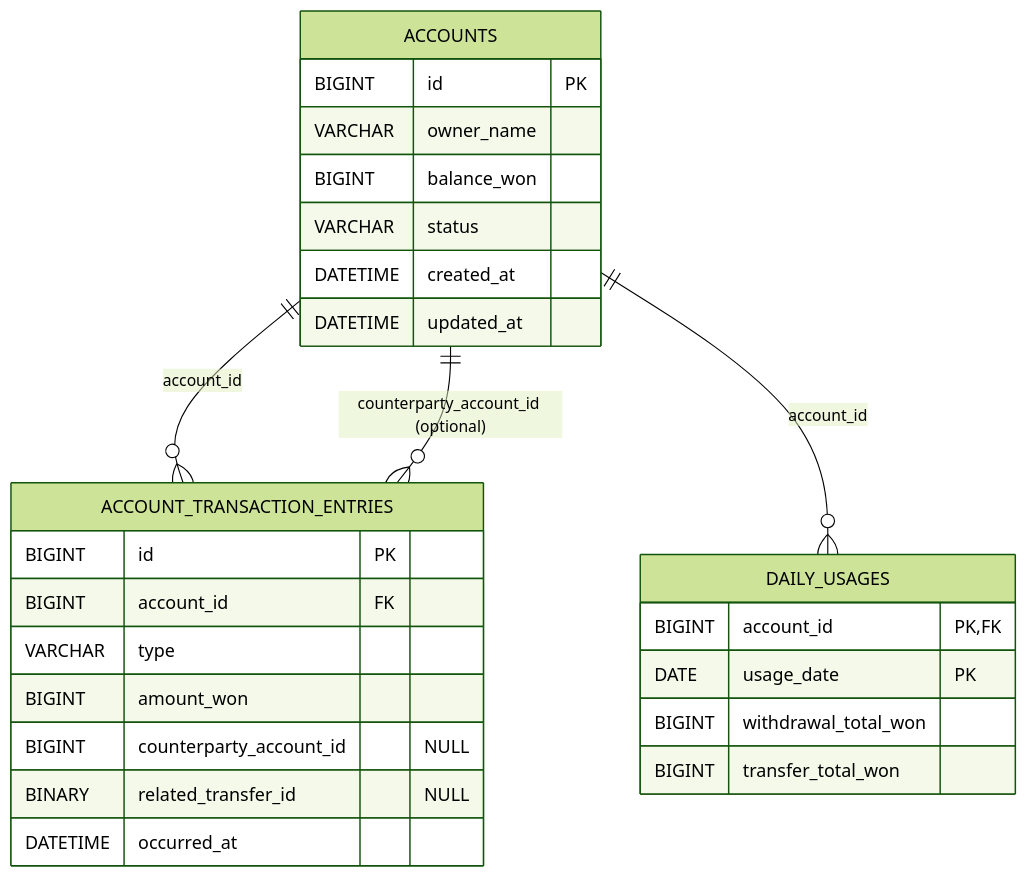
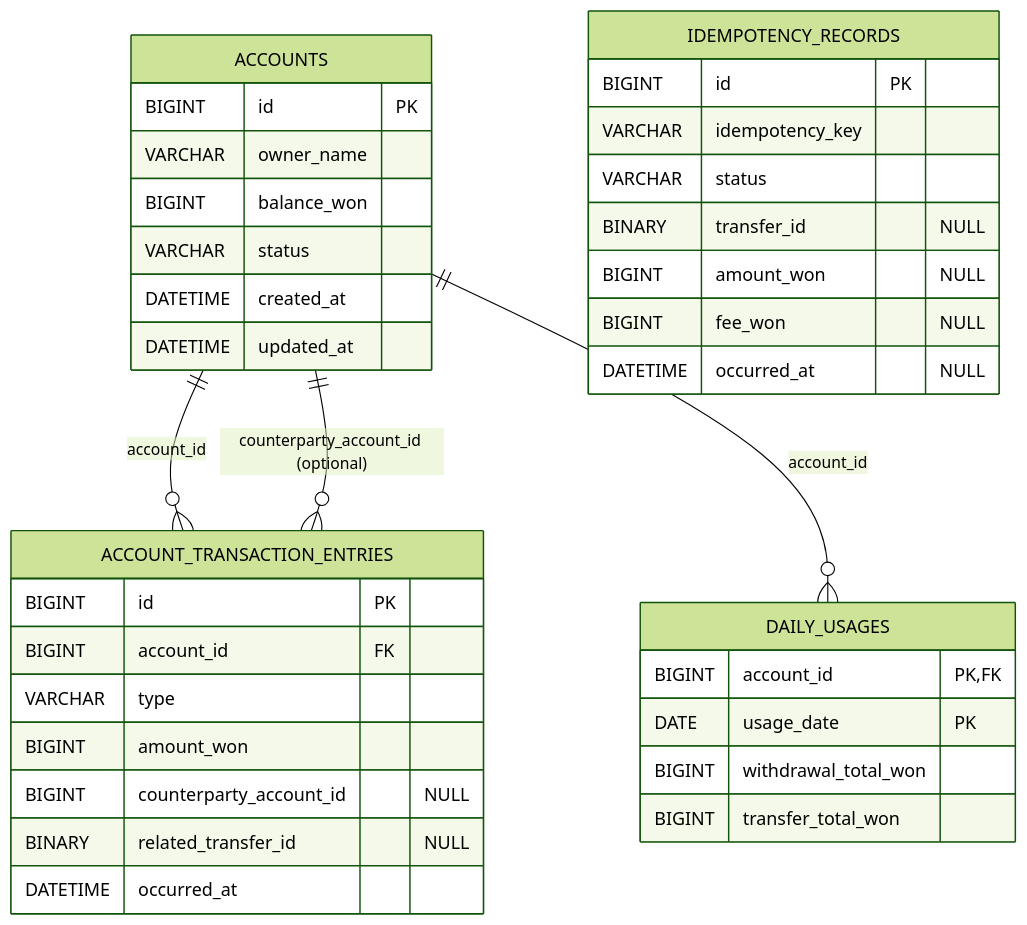
The diagram in docs/02-model.md (yht0827/yangheetae_backend), drawn with Mermaid (forest theme) before and after one commit. The commit also changed other lines of this file and 3 other files, not shown here.

````diff
--- a/docs/02-model.md
+++ b/docs/02-model.md
@@ -5,34 +5,44 @@
 ```mermaid
 erDiagram
     ACCOUNTS ||--o{ ACCOUNT_TRANSACTION_ENTRIES : "account_id"
     ACCOUNTS ||--o{ DAILY_USAGES : "account_id"
 
     %% counterparty_account_id (optional)
     ACCOUNTS ||--o{ ACCOUNT_TRANSACTION_ENTRIES : "counterparty_account_id (optional)"
 
     ACCOUNTS {
         BIGINT id PK
         VARCHAR owner_name
         BIGINT balance_won
         VARCHAR status
         DATETIME created_at
         DATETIME updated_at
     }
 
     ACCOUNT_TRANSACTION_ENTRIES {
         BIGINT id PK
         BIGINT account_id FK
         VARCHAR type
         BIGINT amount_won
         BIGINT counterparty_account_id "NULL"
         BINARY related_transfer_id "NULL"
         DATETIME occurred_at
     }
 
     DAILY_USAGES {
         BIGINT account_id PK,FK
         DATE usage_date PK
         BIGINT withdrawal_total_won
         BIGINT transfer_total_won
     }
+
+    IDEMPOTENCY_RECORDS {
+        BIGINT id PK
+        VARCHAR idempotency_key
+        VARCHAR status
+        BINARY transfer_id "NULL"
+        BIGINT amount_won "NULL"
+        BIGINT fee_won "NULL"
+        DATETIME occurred_at "NULL"
+    }
 ```
````
